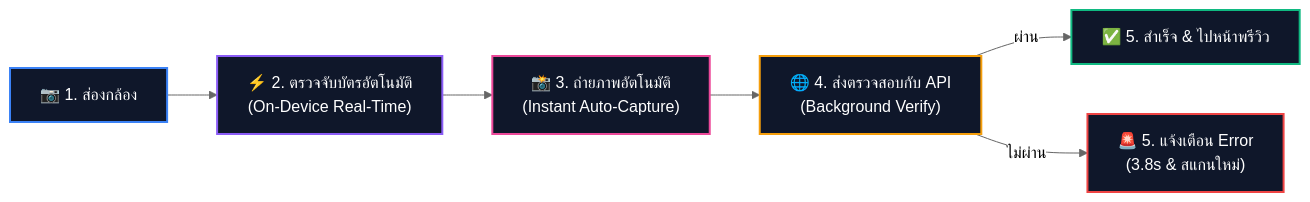
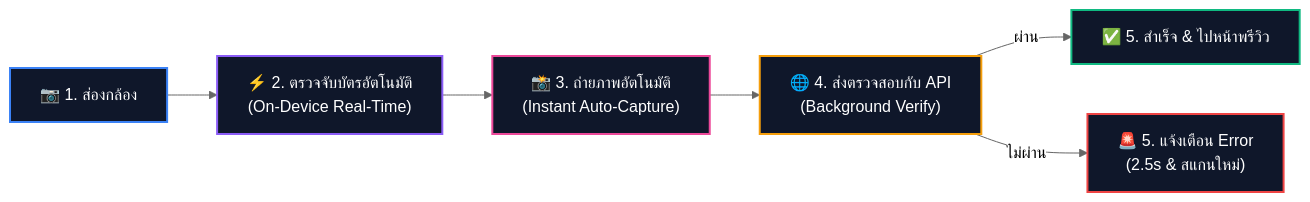
One commit to SupawishPK/id-card-scanner changed the second of 4 diagrams in DEMO_SCRIPT.md. Above: the diagram before and after it, drawn with Mermaid (neutral theme). The commit also changed other lines of this file and 3 other files, not shown here.

````diff
--- a/DEMO_SCRIPT.md
+++ b/DEMO_SCRIPT.md
@@ -84,15 +84,15 @@
 ```mermaid
 flowchart LR
     A["📷 1. ส่องกล้อง"] --> B["⚡ 2. ตรวจจับบัตรอัตโนมัติ<br/>(On-Device Real-Time)"]
     B --> C["📸 3. ถ่ายภาพอัตโนมัติ<br/>(Instant Auto-Capture)"]
     C --> D["🌐 4. ส่งตรวจสอบกับ API<br/>(Background Verify)"]
     D -->|ผ่าน| E["✅ 5. สำเร็จ & ไปหน้าพรีวิว"]
-    D -->|ไม่ผ่าน| F["🚨 5. แจ้งเตือน Error<br/>(3.8s & สแกนใหม่)"]
+    D -->|ไม่ผ่าน| F["🚨 5. แจ้งเตือน Error<br/>(2.5s & สแกนใหม่)"]
 
     style A fill:#0f172a,stroke:#3b82f6,stroke-width:2px,color:#fff
     style B fill:#0f172a,stroke:#8b5cf6,stroke-width:2px,color:#fff
     style C fill:#0f172a,stroke:#ec4899,stroke-width:2px,color:#fff
     style D fill:#0f172a,stroke:#f59e0b,stroke-width:2px,color:#fff
     style E fill:#0f172a,stroke:#10b981,stroke-width:2px,color:#fff
     style F fill:#0f172a,stroke:#ef4444,stroke-width:2px,color:#fff
 ```
````
